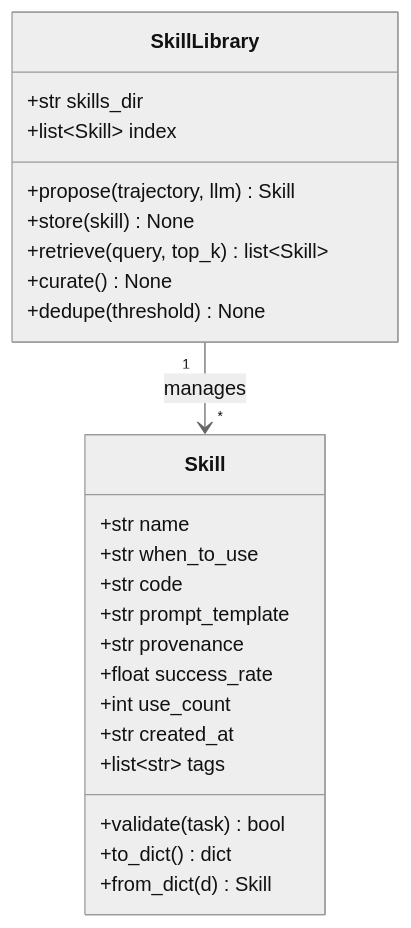
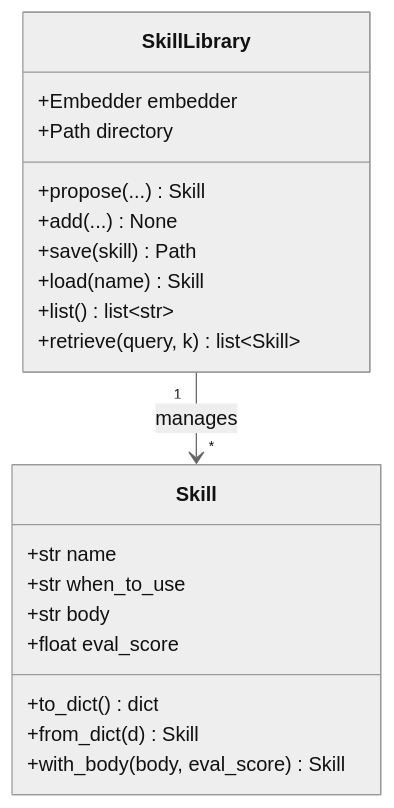
One commit to shaneliuyx/self-improving-agents-curriculum changed the second of 2 diagrams in curriculum/06 - Skill Acquisition and Curation.md. Above: the diagram before and after it, drawn with Mermaid. The commit also changed other lines of this file and 10 other files, not shown here.

````diff
--- a/curriculum/06 - Skill Acquisition and Curation.md
+++ b/curriculum/06 - Skill Acquisition and Curation.md
@@ -93,28 +96,24 @@
 ```mermaid
 %%{init: {"theme":"neutral","themeVariables":{"fontSize":"16px"}}}%%
 classDiagram
     class Skill {
         +str name
         +str when_to_use
-        +str code
-        +str prompt_template
-        +str provenance
-        +float success_rate
-        +int use_count
-        +str created_at
-        +list~str~ tags
-        +validate(task) bool
+        +str body
+        +float eval_score
         +to_dict() dict
         +from_dict(d) Skill
+        +with_body(body, eval_score) Skill
     }
     class SkillLibrary {
-        +str skills_dir
-        +list~Skill~ index
-        +propose(trajectory, llm) Skill
-        +store(skill) None
-        +retrieve(query, top_k) list~Skill~
-        +curate() None
-        +dedupe(threshold) None
+        +Embedder embedder
+        +Path directory
+        +propose(...) Skill
+        +add(...) None
+        +save(skill) Path
+        +load(name) Skill
+        +list() list~str~
+        +retrieve(query, k) list~Skill~
     }
     SkillLibrary "1" --> "*" Skill : manages
 ```
````
